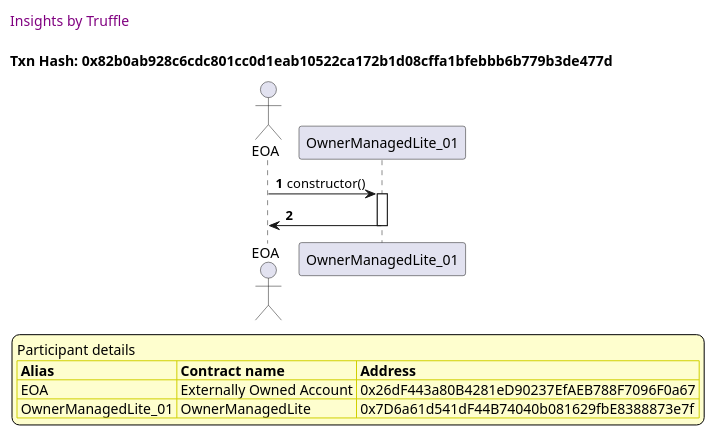
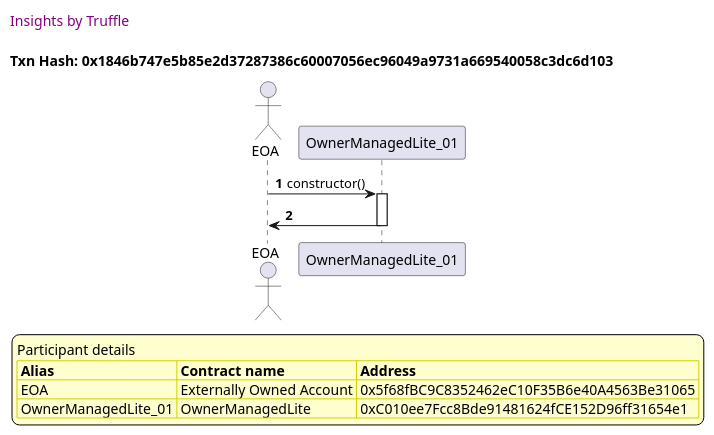
One commit to thedarkjester/ConsensysAssignment changed the first of 16 diagrams in truffle-seq/OwnerManagedLite_test_activate_deactivate_dapp.md. Above: the diagram before and after it, drawn with PlantUML. The commit also changed other lines of this file and 13 other files, not shown here.

````diff
--- a/truffle-seq/OwnerManagedLite_test_activate_deactivate_dapp.md
+++ b/truffle-seq/OwnerManagedLite_test_activate_deactivate_dapp.md
@@ -13,37 +13,37 @@
 ```plantuml
 
 
 @startuml
 
 autonumber
 skinparam legendBackgroundColor #FEFECE
 
 <style>
       header {
         HorizontalAlignment left
         FontColor purple
         FontSize 14
         Padding 10
       }
     </style>
 
 header Insights by Truffle
 
-title Txn Hash: 0x82b0ab928c6cdc801cc0d1eab10522ca172b1d08cffa1bfebbb6b779b3de477d
+title Txn Hash: 0x1846b747e5b85e2d37287386c60007056ec96049a9731a669540058c3dc6d103
 
 
 actor EOA as "EOA"
 participant OwnerManagedLite_01 as "OwnerManagedLite_01"
 
 "EOA" -> "OwnerManagedLite_01" ++: constructor()
 "OwnerManagedLite_01" -> "EOA" --: 
 
 legend
 Participant details
 <#FEFECE,#D0D000>|= Alias |= Contract name |= Address |
-<#FEFECE>| EOA | Externally Owned Account | 0x26dF443a80B4281eD90237EfAEB788F7096F0a67 |
-<#FEFECE>| OwnerManagedLite_01 | OwnerManagedLite | 0x7D6a61d541dF44B74040b081629fbE8388873e7f |
+<#FEFECE>| EOA | Externally Owned Account | 0x5f68fBC9C8352462eC10F35B6e40A4563Be31065 |
+<#FEFECE>| OwnerManagedLite_01 | OwnerManagedLite | 0xC010ee7Fcc8Bde91481624fCE152D96ff31654e1 |
 endlegend
 
 @enduml
 ```
````
